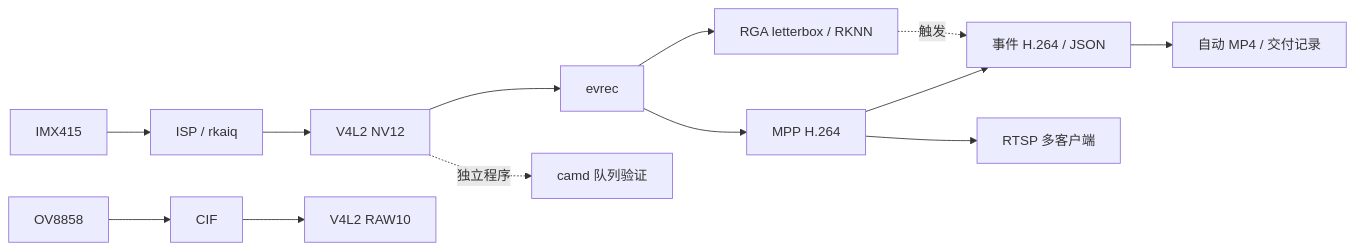
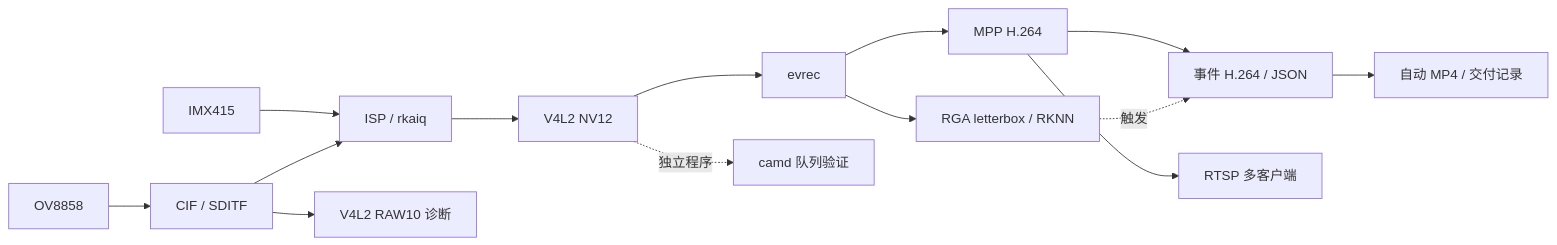
One commit to Ericsunny/rk3568-camera-driver changed the diagram in docs/overview/architecture.md. Above: the diagram before and after it, drawn with Mermaid. The commit also changed other lines of this file and 864 other files, not shown here.

````diff
--- a/docs/overview/architecture.md
+++ b/docs/overview/architecture.md
@@ -5,11 +5,12 @@
 ```mermaid
 flowchart LR
     I[IMX415] --> ISP[ISP / rkaiq] --> V[V4L2 NV12]
     V --> E[evrec] --> M[MPP H.264]
     M --> R[事件 H.264 / JSON] --> P[自动 MP4 / 交付记录]
     M --> S[RTSP 多客户端]
     E --> G[RGA letterbox / RKNN]
     G -.触发.-> R
     V -.独立程序.-> C[camd 队列验证]
-    O[OV8858] --> CIF[CIF] --> RAW[V4L2 RAW10]
+    O[OV8858] --> CIF[CIF / SDITF] --> ISP
+    CIF --> RAW[V4L2 RAW10 诊断]
 ```
````
